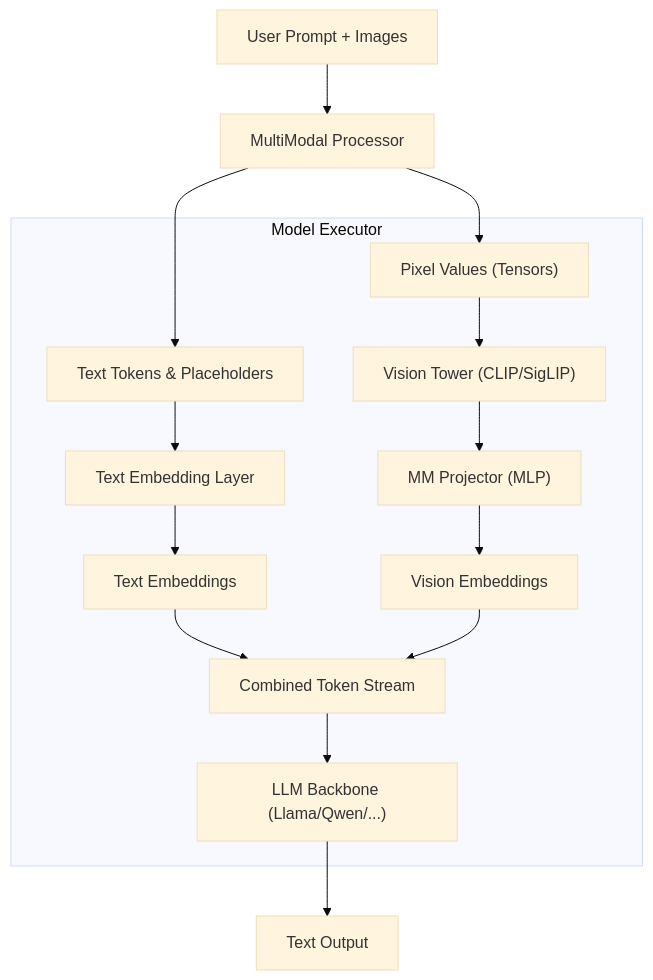
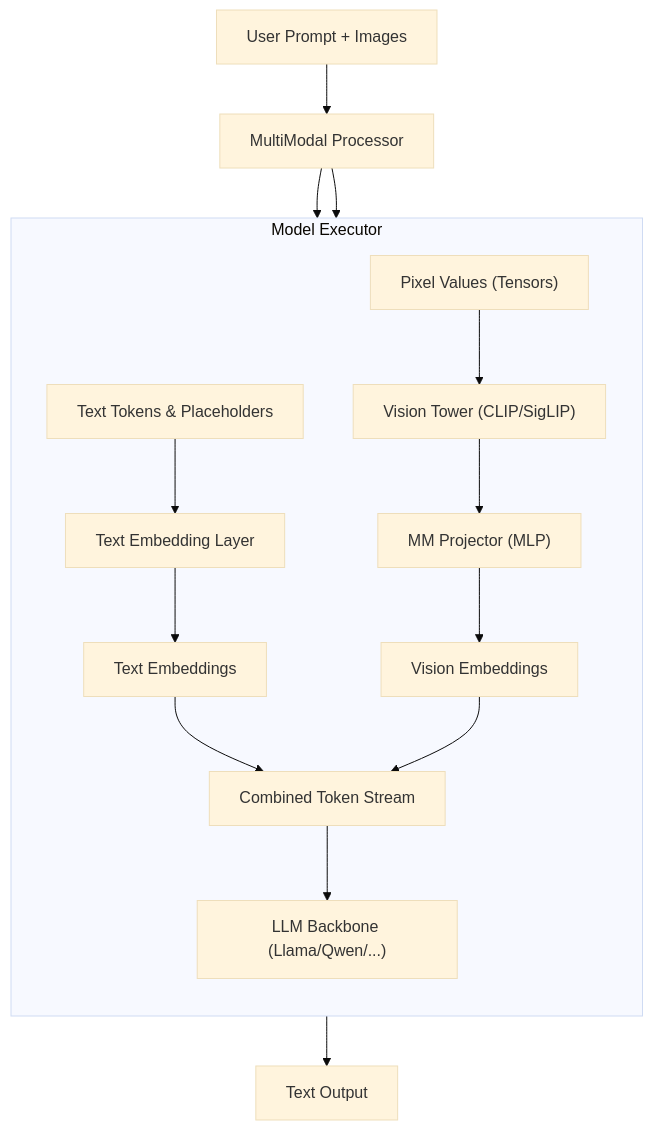
One commit to quanhua92/tutorials changed the diagram in vllm/courses/chapter_10_multi_modal.md. Above: the diagram before and after it, drawn with Mermaid (base theme). The commit also changed 10 other files, not shown here.

Commit message:
chore: improve vllm course mermaid styles

````diff
--- a/vllm/courses/chapter_10_multi_modal.md
+++ b/vllm/courses/chapter_10_multi_modal.md
@@ -12,20 +12,21 @@
 ```mermaid
-graph TD
+flowchart TB
     UserPrompt["User Prompt + Images"] --> MMProcessor["MultiModal Processor"]
     MMProcessor --> TextTokens["Text Tokens & Placeholders"]
     MMProcessor --> PixelValues["Pixel Values (Tensors)"]
     
-    subgraph "Model Executor"
+    subgraph ME ["Model Executor"]
+        direction TB
         PixelValues --> VisionTower["Vision Tower (CLIP/SigLIP)"]
         VisionTower --> Projector["MM Projector (MLP)"]
         Projector --> VisionEmbeds["Vision Embeddings"]
         
         TextTokens --> EmbedLayer["Text Embedding Layer"]
         EmbedLayer --> TextEmbeds["Text Embeddings"]
         
         TextEmbeds & VisionEmbeds --> TokenStream["Combined Token Stream"]
         TokenStream --> LLM["LLM Backbone (Llama/Qwen/...)"]
     end
     
     LLM --> Output["Text Output"]
 ```
````
